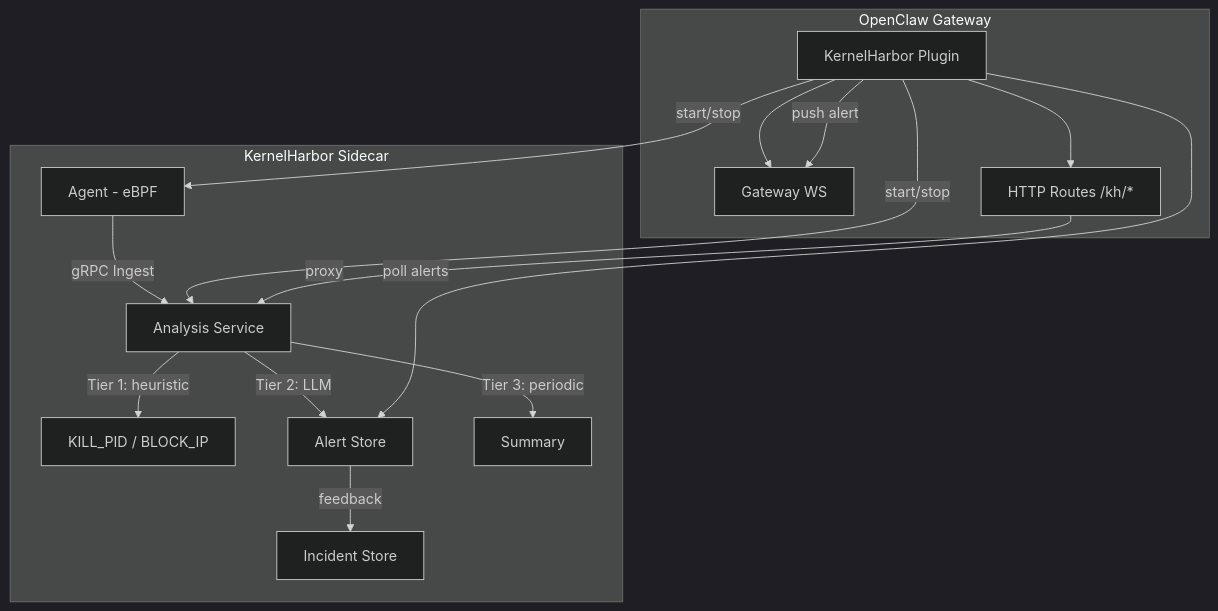
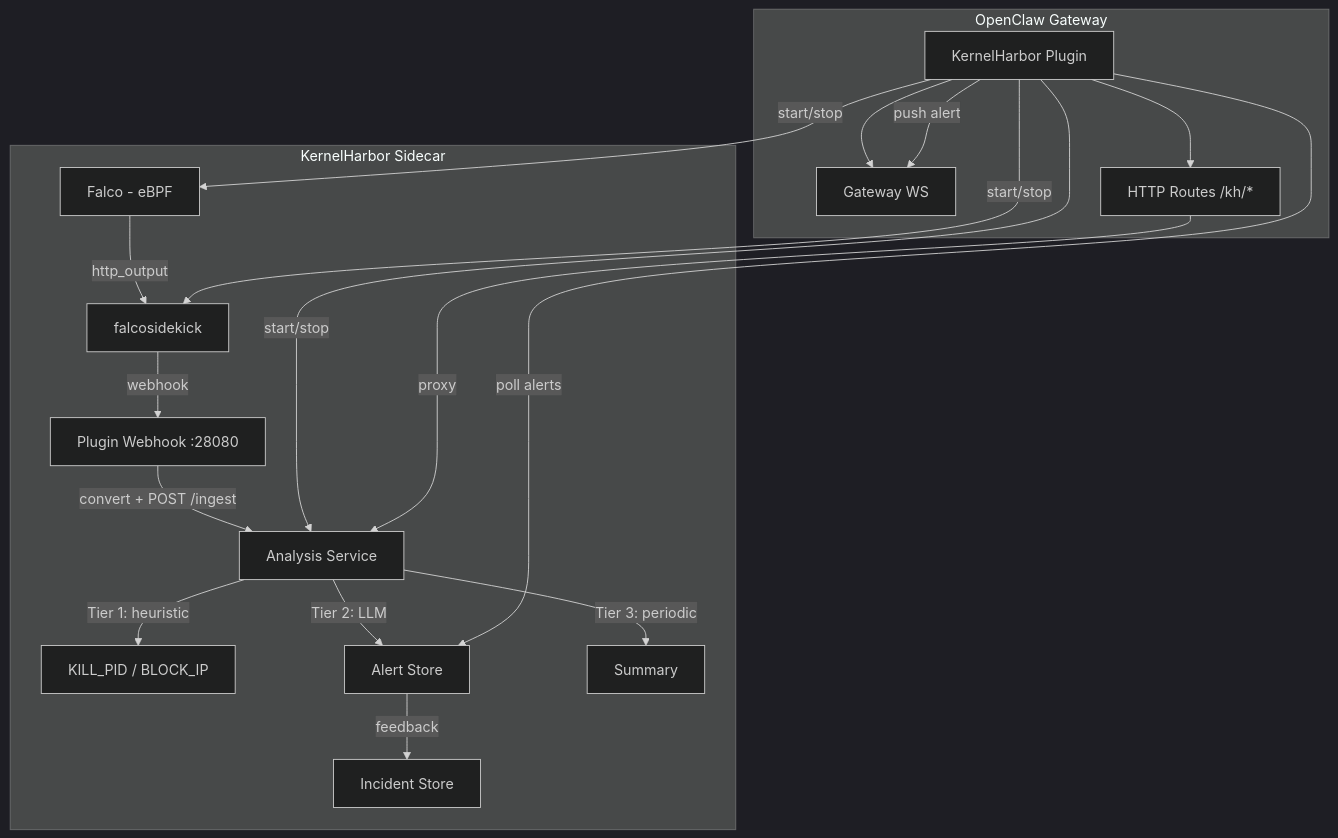
The diagram in kernelharbor-openclaw/skill/SECURE.SKILL.md (fr4nsyz/KernelHarbor), drawn with Mermaid (dark theme) before and after one commit. The commit also changed other lines of this file and 28 other files, not shown here.

Commit message:
fix dashboard bugs + reduce friction to first time installation + integrate falco & falcosidekick with kernelharbor brain

````diff
--- a/kernelharbor-openclaw/skill/SECURE.SKILL.md
+++ b/kernelharbor-openclaw/skill/SECURE.SKILL.md
@@ -109,21 +114,24 @@
 ```mermaid
 graph TB
     subgraph OpenClaw Gateway
         P[KernelHarbor Plugin] --> GW[Gateway WS]
         P --> R[HTTP Routes /kh/*]
     end
 
     subgraph KernelHarbor Sidecar
-        AG[Agent - eBPF] -->|gRPC Ingest| AN[Analysis Service]
+        F[Falco - eBPF] -->|http_output| FS[falcosidekick]
+        FS -->|webhook| PH[Plugin Webhook :28080]
+        PH -->|convert + POST /ingest| AN[Analysis Service]
         AN -->|Tier 1: heuristic| AC[KILL_PID / BLOCK_IP]
         AN -->|Tier 2: LLM| AL[Alert Store]
         AL -->|feedback| IN[Incident Store]
         AN -->|Tier 3: periodic| SUM[Summary]
     end
 
-    P -->|start/stop| AG
+    P -->|start/stop| F
+    P -->|start/stop| FS
     P -->|start/stop| AN
     P -->|poll alerts| AL
     P -->|push alert| GW
     R -->|proxy| AN
 ```
````
